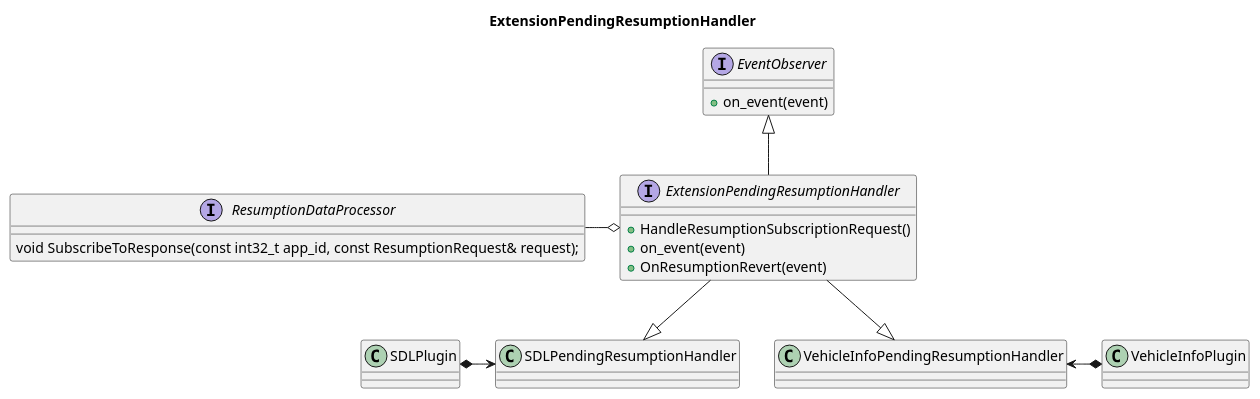
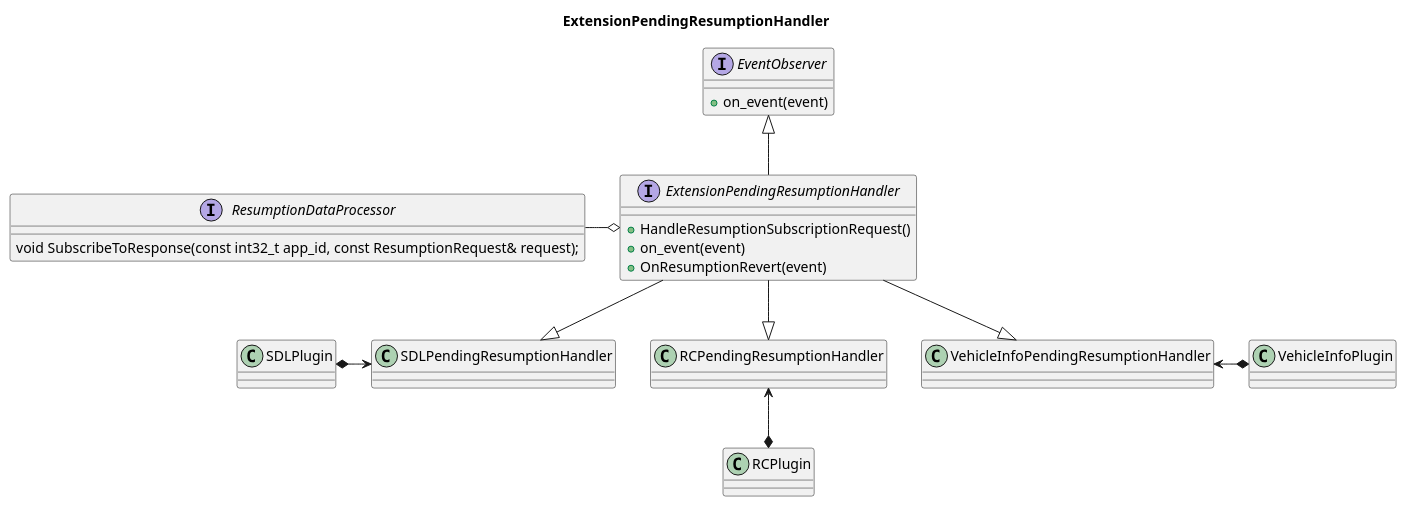
The diagram in docs/Developer Documentation/ResumeController/assets/extension_pending_resumption_handler.puml (smartdevicelink/sdl_core_guides), drawn with PlantUML before and after one commit. The commit also changed 1 other file, not shown here.

Commit message:
Feature/sdl 0188 interior vehicle data resumption (#96)
* Docs for resumption error handling

* Typo fixes

* Regenerate diagrams

* Add subscription restore sequence

* resumption::Subscriber description

* update png

* Fix sequence

* RC pending resumption handler add

* Remove redundant png

```diff
--- a/docs/Developer Documentation/ResumeController/assets/extension_pending_resumption_handler.puml
+++ b/docs/Developer Documentation/ResumeController/assets/extension_pending_resumption_handler.puml
@@ -1,35 +1,41 @@
 @startuml
 
 title ExtensionPendingResumptionHandler
 
 
 interface EventObserver {
    + on_event(event)
 }
 
 interface ResumptionDataProcessor {
   void SubscribeToResponse(const int32_t app_id, const ResumptionRequest& request);
 }
 
 interface ExtensionPendingResumptionHandler {
   + HandleResumptionSubscriptionRequest()
   + on_event(event)
   + OnResumptionRevert(event)
 }
 ExtensionPendingResumptionHandler o-left- ResumptionDataProcessor
 
 EventObserver <|-down-ExtensionPendingResumptionHandler
 
 class SDLPendingResumptionHandler
 class VehicleInfoPendingResumptionHandler
+class RCPendingResumptionHandler
 
 SDLPendingResumptionHandler <|-up-ExtensionPendingResumptionHandler
 VehicleInfoPendingResumptionHandler <|-up-ExtensionPendingResumptionHandler
+RCPendingResumptionHandler <|-up-ExtensionPendingResumptionHandler
 
 class SDLPlugin
 SDLPlugin *-right-> SDLPendingResumptionHandler
 
 class VehicleInfoPlugin
 VehicleInfoPlugin *-left-> VehicleInfoPendingResumptionHandler
 
+class RCPlugin
+RCPlugin *-up-> RCPendingResumptionHandler
+
+
 @enduml
```
